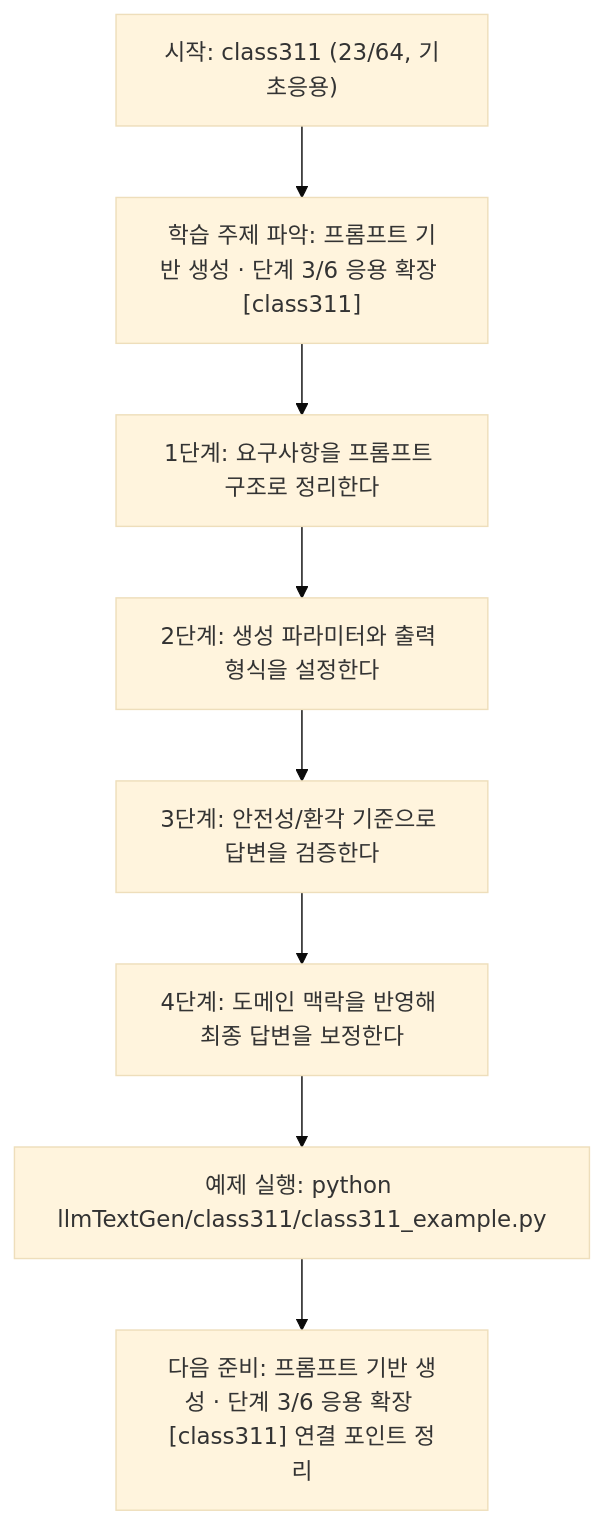
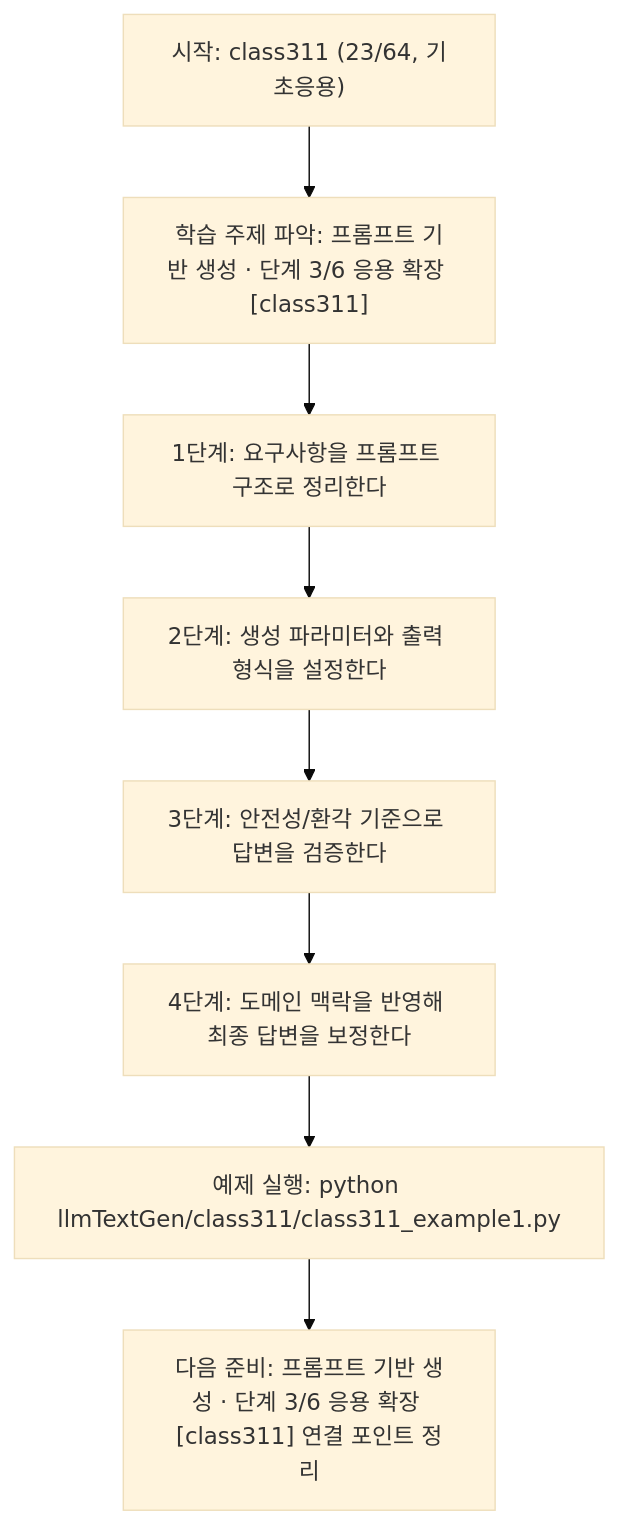
Before and after one commit to edumgt/Python-AI_Agent-Class: the diagram in llmTextGen/class311/class311.md, drawn with Mermaid (base theme). The commit also changed other lines of this file and 2959 other files, not shown here.

````diff
--- a/llmTextGen/class311/class311.md
+++ b/llmTextGen/class311/class311.md
@@ -114,18 +114,18 @@
 ```mermaid
 flowchart TD
 N1["시작: class311 (23/64, 기초응용)"]
 N2["학습 주제 파악: 프롬프트 기반 생성 · 단계 3/6 응용 확장 [class311]"]
 N3["1단계: 요구사항을 프롬프트 구조로 정리한다"]
 N4["2단계: 생성 파라미터와 출력 형식을 설정한다"]
 N5["3단계: 안전성/환각 기준으로 답변을 검증한다"]
 N6["4단계: 도메인 맥락을 반영해 최종 답변을 보정한다"]
-N7["예제 실행: python llmTextGen/class311/class311_example.py"]
+N7["예제 실행: python llmTextGen/class311/class311_example1.py"]
 N8["다음 준비: 프롬프트 기반 생성 · 단계 3/6 응용 확장 [class311] 연결 포인트 정리"]
 N1 --> N2
 N2 --> N3
 N3 --> N4
 N4 --> N5
 N5 --> N6
 N6 --> N7
 N7 --> N8
 ```
````
